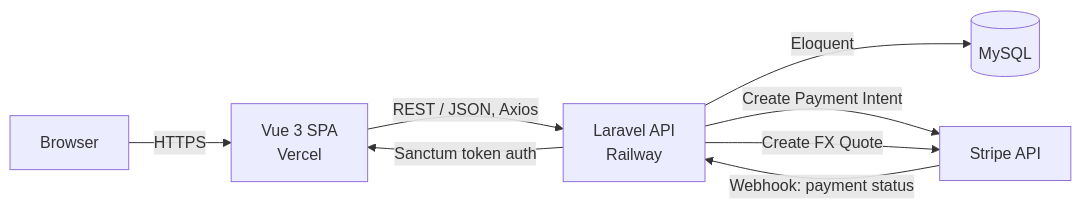
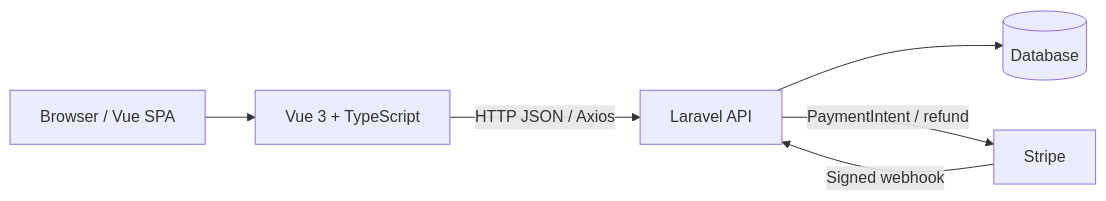
The diagram in README.md (tibor-kovacs-dev/webshop), drawn with Mermaid before and after one commit. The commit also changed other lines of this file and 1 other file, not shown here.

````diff
--- a/README.md
+++ b/README.md
@@ -33,10 +49,14 @@
 ```mermaid
-graph LR
-    U[Browser] -->|HTTPS| FE[Vue 3 SPA<br/>Vercel]
-    FE -->|REST / JSON, Axios| BE[Laravel API<br/>Railway]
-    BE -->|Eloquent| DB[(MySQL)]
-    BE -->|Create Payment Intent| ST[Stripe API]
-    BE -->|Create FX Quote| ST
-    ST -->|Webhook: payment status| BE
-    BE -->|Sanctum token auth| FE
+flowchart LR
+    Browser[Browser / Vue SPA]
+    Frontend[Vue 3 + TypeScript]
+    API[Laravel API]
+    DB[(Database)]
+    Stripe[Stripe]
+
+    Browser --> Frontend
+    Frontend -->|HTTP JSON / Axios| API
+    API --> DB
+    API -->|PaymentIntent / refund| Stripe
+    Stripe -->|Signed webhook| API
 ```
````
